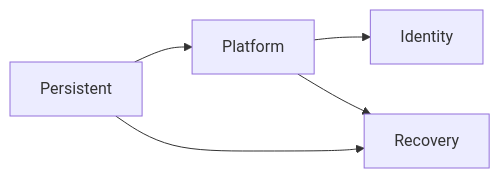
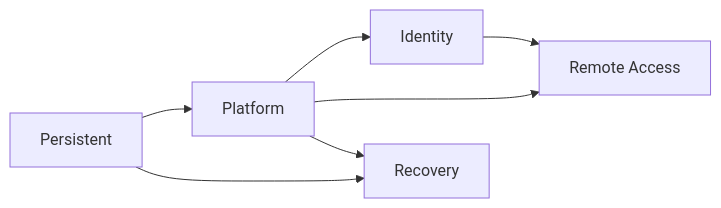
The diagram in docs/terraform/module-map.md (CloudDevops2789/terraform_modules), drawn with Mermaid before and after one commit. The commit also changed other lines of this file and 42 other files, not shown here.

Commit message:
feat(remote-access): add Managed AD Client VPN lifecycle

````diff
--- a/docs/terraform/module-map.md
+++ b/docs/terraform/module-map.md
@@ -5,7 +5,9 @@
 ```mermaid
 flowchart LR
     Persistent --> Platform
     Platform --> Identity
+    Platform --> RemoteAccess["Remote Access"]
+    Identity --> RemoteAccess
     Platform --> Recovery
     Persistent --> Recovery
 ```
````
